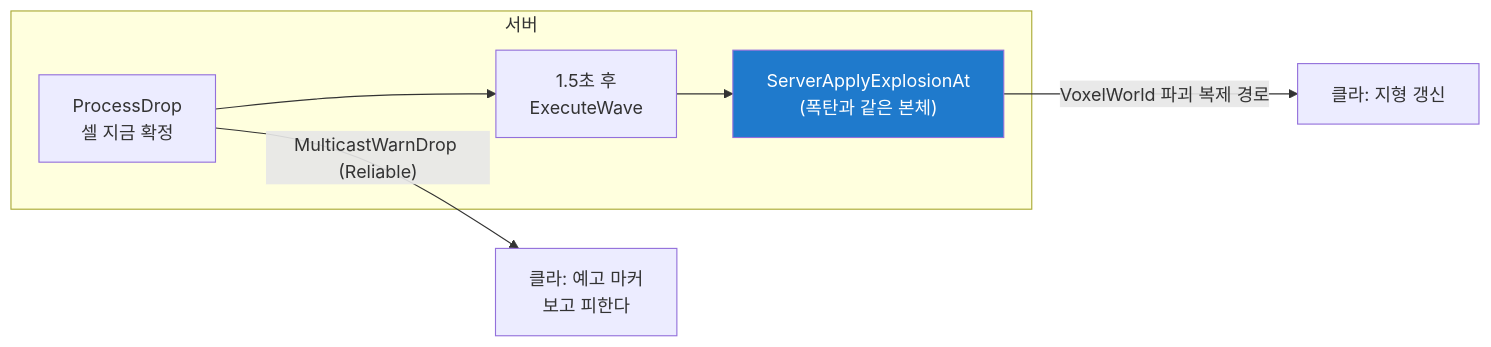
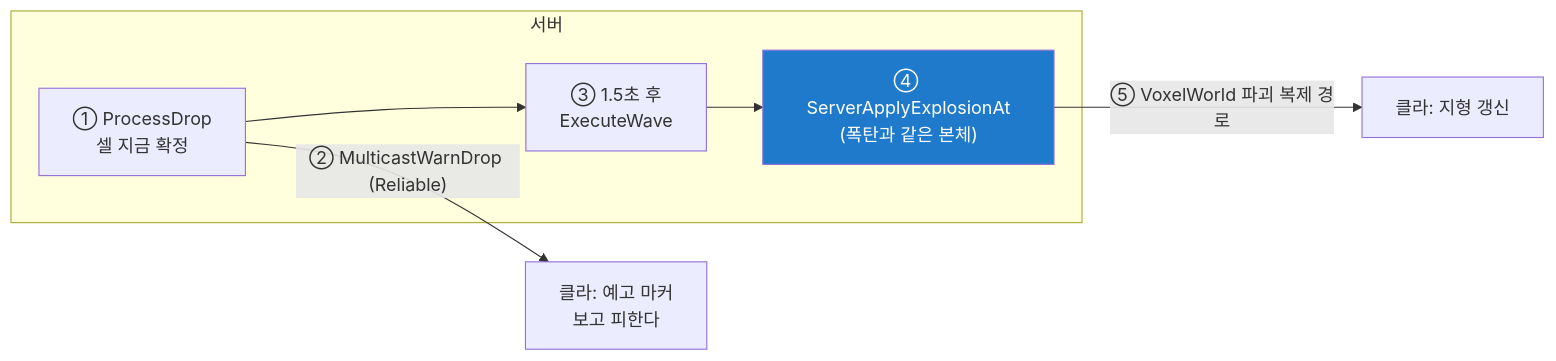
Before and after one commit to chomul/CrazyArcade_3D: the diagram in Docs/Gameplay/SuddenDeath/30-SuddenDeathSubsystem.md, drawn with Mermaid. The commit also changed 7 other files, not shown here.

First line of the commit message:
Docs — 구조도에 진행 순서 번호 (사용자 요청)

````diff
--- a/Docs/Gameplay/SuddenDeath/30-SuddenDeathSubsystem.md
+++ b/Docs/Gameplay/SuddenDeath/30-SuddenDeathSubsystem.md
@@ -40,10 +40,10 @@
 ```mermaid
 flowchart LR
     subgraph SV["서버"]
-        A["ProcessDrop<br>셀 지금 확정"] --> B["1.5초 후<br>ExecuteWave"]
-        B --> C["ServerApplyExplosionAt<br>(폭탄과 같은 본체)"]
+        A["① ProcessDrop<br>셀 지금 확정"] --> B["③ 1.5초 후<br>ExecuteWave"]
+        B --> C["④ ServerApplyExplosionAt<br>(폭탄과 같은 본체)"]
     end
-    A -->|"MulticastWarnDrop (Reliable)"| M["클라: 예고 마커<br>보고 피한다"]
-    C -->|"VoxelWorld 파괴 복제 경로"| D["클라: 지형 갱신"]
+    A -->|"② MulticastWarnDrop (Reliable)"| M["클라: 예고 마커<br>보고 피한다"]
+    C -->|"⑤ VoxelWorld 파괴 복제 경로"| D["클라: 지형 갱신"]
     style C fill:#1F7ACC,color:#fff
 ```
````
